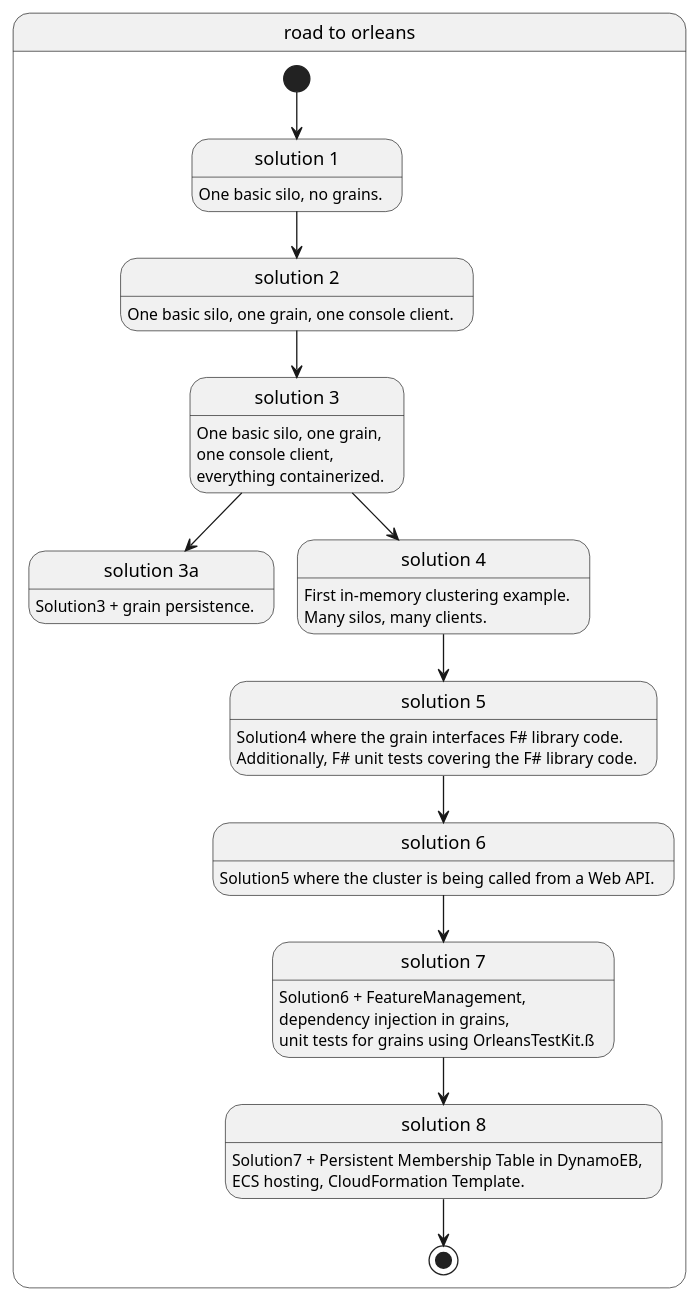
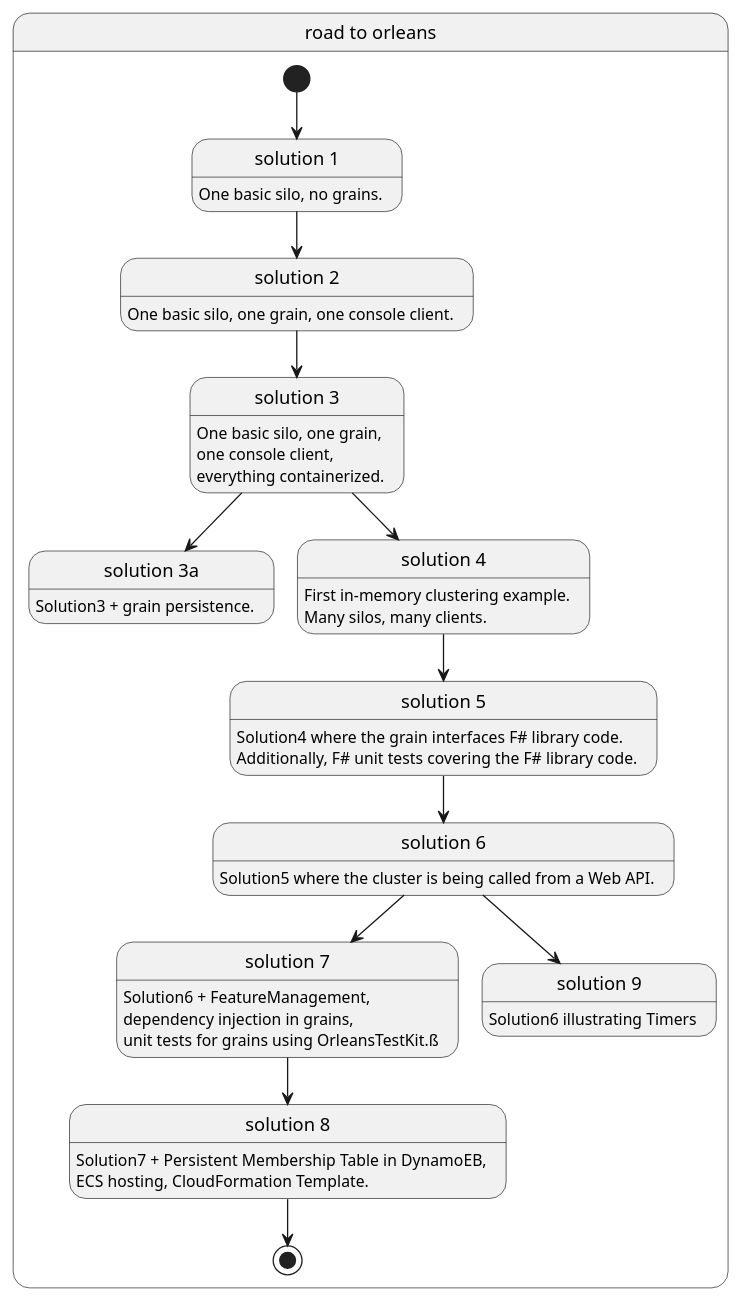
One commit to PiotrJustyna/road-to-orleans changed the diagram in solutions.puml. Above: the diagram before and after it, drawn with PlantUML. The commit also changed 21 other files, not shown here.

```diff
--- a/solutions.puml
+++ b/solutions.puml
@@ -1,58 +1,63 @@
 @startuml "road-to-orleans"
 hide empty description
   state "road to orleans" as PhaseA{
     state "solution 1" as Solution1{
       Solution1 : One basic silo, no grains.
     }
 
     state "solution 2" as Solution2{
       Solution2 : One basic silo, one grain, one console client.
     }
 
     state "solution 3" as Solution3{
       Solution3 : One basic silo, one grain,
       Solution3 : one console client,
       Solution3 : everything containerized.
     }
 
     state "solution 3a" as Solution3a{
       Solution3a : Solution3 + grain persistence.
     }
 
     state "solution 4" as Solution4{
       Solution4 : First in-memory clustering example.
       Solution4 : Many silos, many clients.
     }
 
     state "solution 5" as Solution5{
       Solution5 : Solution4 where the grain interfaces F# library code.
       Solution5 : Additionally, F# unit tests covering the F# library code.
     }
 
     state "solution 6" as Solution6{
       Solution6 : Solution5 where the cluster is being called from a Web API.
     }
 
     state "solution 7" as Solution7{
       Solution7 : Solution6 + FeatureManagement,
       Solution7 : dependency injection in grains,
       Solution7 : unit tests for grains using OrleansTestKit.ß
     }
 
     state "solution 8" as Solution8{
       Solution8 : Solution7 + Persistent Membership Table in DynamoEB,
       Solution8 : ECS hosting, CloudFormation Template.
     }
 
+    state "solution 9" as Solution9{
+      Solution9 : Solution6 illustrating Timers
+    }
+
     [*] --> Solution1
     Solution1 --> Solution2
     Solution2 --> Solution3
     Solution3 --> Solution3a
     Solution3 --> Solution4
     Solution4 --> Solution5
     Solution5 --> Solution6
     Solution6 --> Solution7
+    Solution6 --> Solution9
     Solution7 --> Solution8
     Solution8 --> [*]
   }
 @enduml
```
